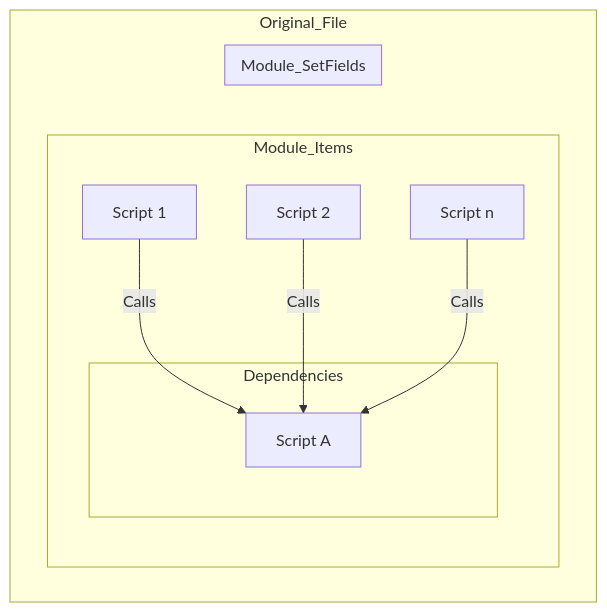
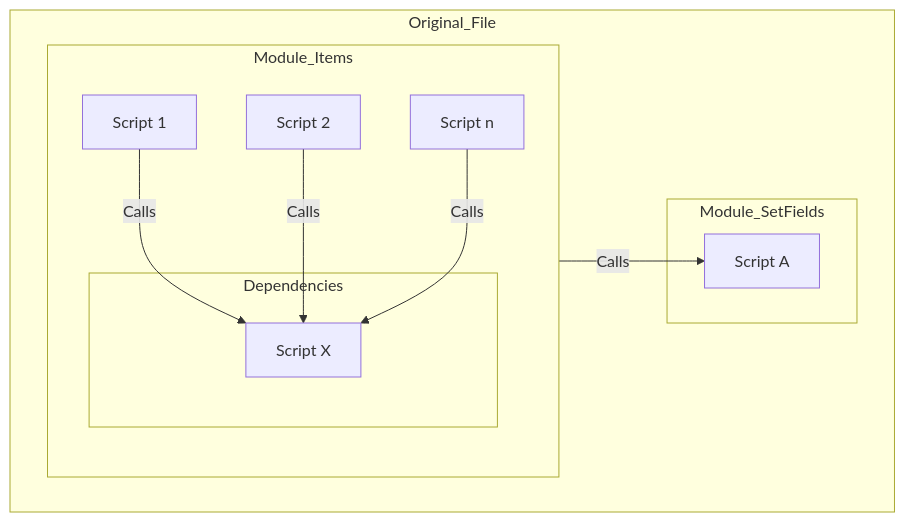
Before and after one commit to CloudChi/FX-Framework: the third of 4 diagrams in Dependencies.md, drawn with Mermaid. The commit also changed other lines of this file and 2 other files, not shown here.

````diff
--- a/Dependencies.md
+++ b/Dependencies.md
@@ -65,21 +63,22 @@
 ```mermaid
 graph LR
     subgraph Original_File
         direction LR
         subgraph Module_Items
             direction TB
             A[Script 1]
             B[Script 2]
             C[Script n]
             subgraph Dependencies
-                D[Start]
+                D[Script X]
             end
         end
         subgraph Module_SetFields
-               D[Script A]
+               E[Script A]
         end
         A --Calls--> D
         B --Calls--> D
         C --Calls--> D
+        D --Calls--> E
     end
 ```
````
